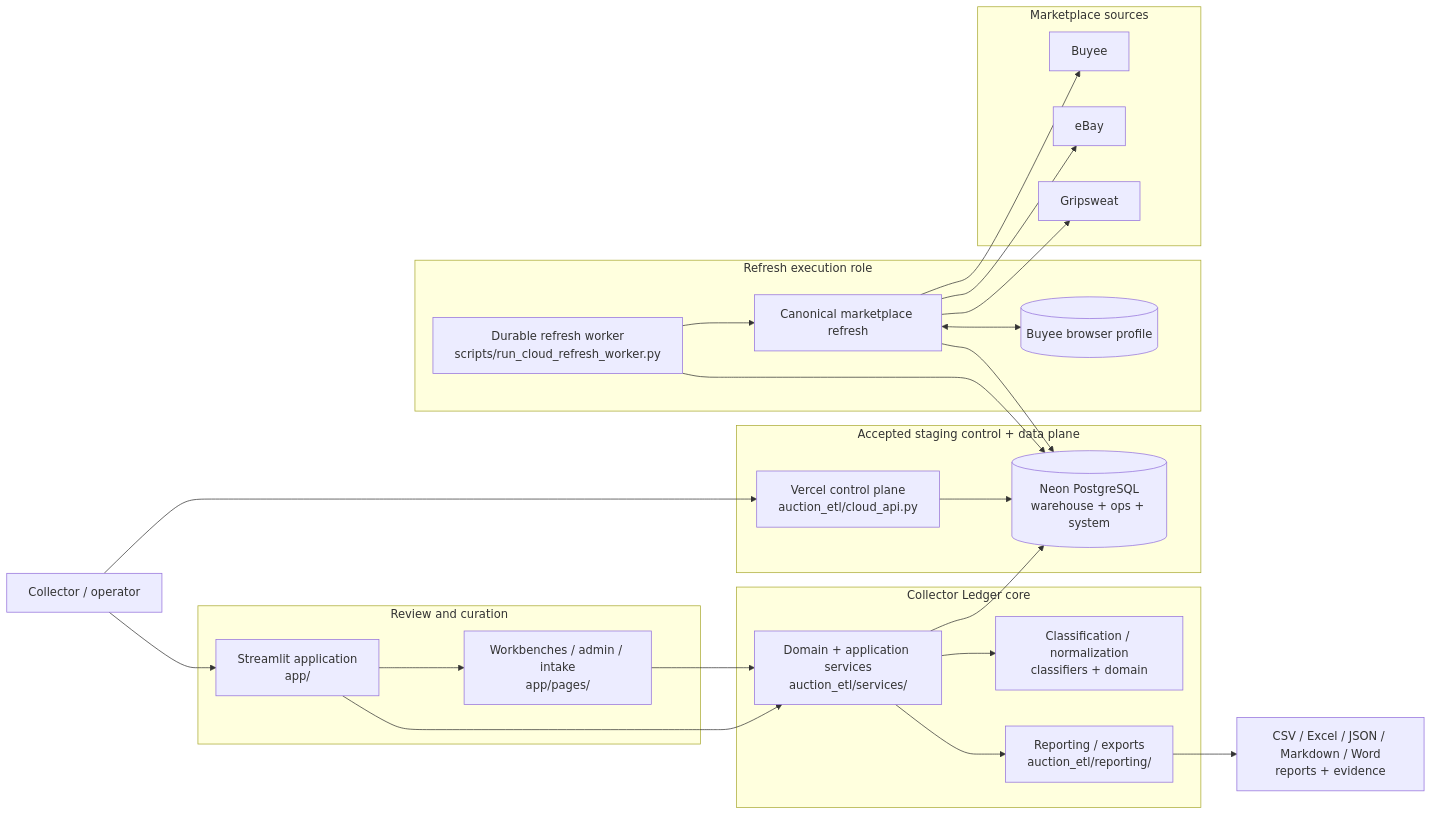
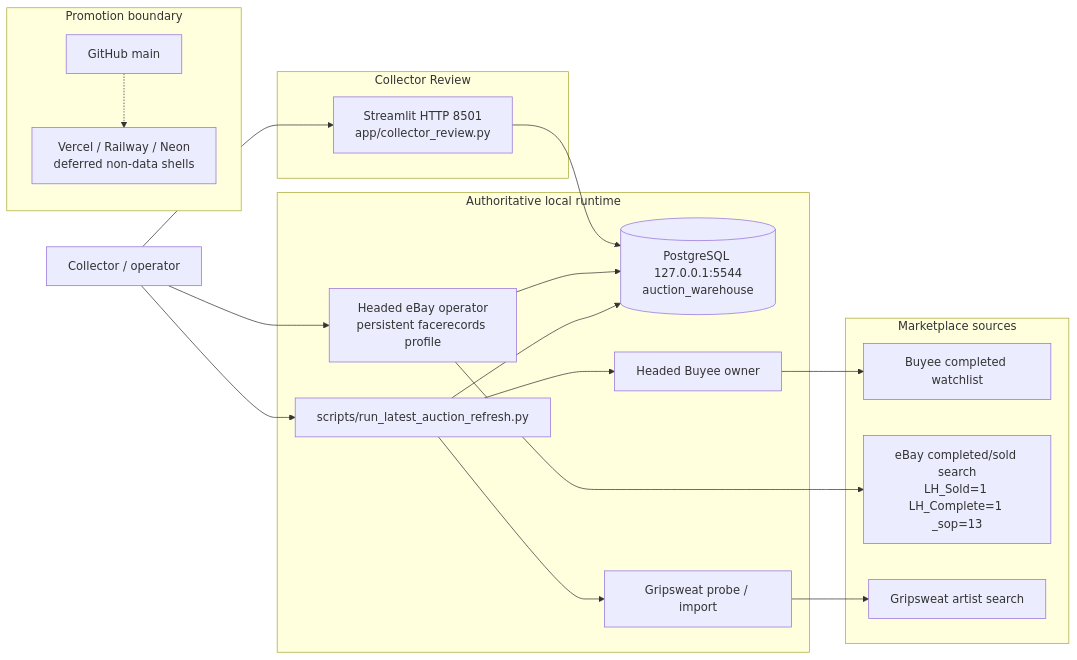
Before and after one commit to TomWang22/auction-etl: the first of 2 diagrams in README.md, drawn with Mermaid. The commit also changed other lines of this file and 127 other files, not shown here.

````diff
--- a/README.md
+++ b/README.md
@@ -13,55 +40,40 @@
 ```mermaid
 flowchart LR
-    Collector["Collector / operator"]
+    Operator["Collector / operator"]
 
-    subgraph Review["Review and curation"]
-        UI["Streamlit application<br/>app/"]
-        Pages["Workbenches / admin / intake<br/>app/pages/"]
+    subgraph Review["Collector Review"]
+        UI["Streamlit HTTP 8501<br/>app/collector_review.py"]
     end
 
-    subgraph Core["Collector Ledger core"]
-        Services["Domain + application services<br/>auction_etl/services/"]
-        Classify["Classification / normalization<br/>classifiers + domain"]
-        Reporting["Reporting / exports<br/>auction_etl/reporting/"]
-    end
-
-    subgraph Cloud["Accepted staging control + data plane"]
-        Vercel["Vercel control plane<br/>auction_etl/cloud_api.py"]
-        Neon[("Neon PostgreSQL<br/>warehouse + ops + system")]
-    end
-
-    subgraph Execution["Refresh execution role"]
-        Worker["Durable refresh worker<br/>scripts/run_cloud_refresh_worker.py"]
-        Runner["Canonical marketplace refresh"]
-        Profile[("Buyee browser profile")]
+    subgraph Local["Authoritative local runtime"]
+        DB[("PostgreSQL 127.0.0.1:5544<br/>auction_warehouse")]
+        Refresh["scripts/run_latest_auction_refresh.py"]
+        EbayOp["Headed eBay operator<br/>persistent facerecords profile"]
+        BuyeeOwner["Headed Buyee owner"]
+        Gripsweat["Gripsweat probe / import"]
     end
 
     subgraph Sources["Marketplace sources"]
-        Buyee["Buyee"]
-        Ebay["eBay"]
-        Gripsweat["Gripsweat"]
+        Buyee["Buyee completed watchlist"]
+        Ebay["eBay completed/sold search<br/>LH_Sold=1 LH_Complete=1 _sop=13"]
+        Grip["Gripsweat artist search"]
     end
 
-    Output["CSV / Excel / JSON / Markdown / Word<br/>reports + evidence"]
+    subgraph Promotion["Promotion boundary"]
+        Git["GitHub main"]
+        Cloud["Vercel / Railway / Neon<br/>deferred non-data shells"]
+    end
 
-    Collector --> UI
-    UI --> Pages
-    UI --> Services
-    Pages --> Services
-
-    Services --> Classify
-    Services --> Reporting
-    Services --> Neon
-    Reporting --> Output
-
-    Collector --> Vercel
-    Vercel --> Neon
-
-    Worker --> Neon
-    Worker --> Runner
-    Runner --> Buyee
-    Runner --> Ebay
-    Runner --> Gripsweat
-    Runner <--> Profile
-    Runner --> Neon
+    Operator --> UI
+    UI --> DB
+    Operator --> EbayOp
+    EbayOp --> Ebay
+    EbayOp --> DB
+    Operator --> Refresh
+    Refresh --> BuyeeOwner
+    Refresh --> Gripsweat
+    BuyeeOwner --> Buyee
+    Gripsweat --> Grip
+    Refresh --> DB
+    Git -.-> Cloud
 ```
````
